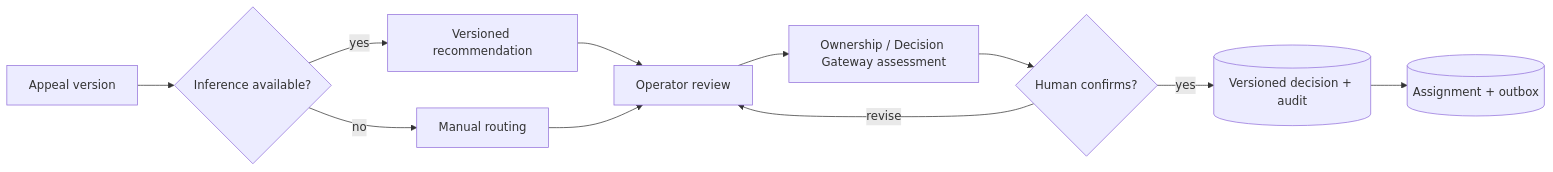
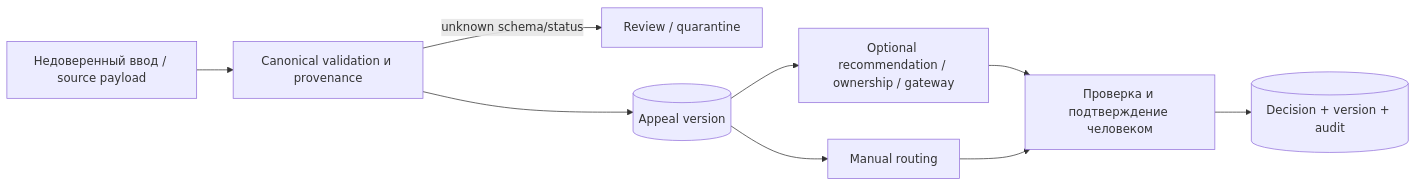
Before and after one commit to BAITC-Hacks/hack-803e2c8f-baash: the third of 5 diagrams in docs/architecture/README.md, drawn with Mermaid. The commit also changed other lines of this file and 30 other files, not shown here.

````diff
--- a/docs/architecture/README.md
+++ b/docs/architecture/README.md
@@ -109,13 +51,11 @@
 ```mermaid
 flowchart LR
-    Appeal[Appeal version] --> Optional{Inference available?}
-    Optional -->|yes| Advice[Versioned recommendation]
-    Optional -->|no| Manual[Manual routing]
-    Advice --> Review[Operator review]
-    Manual --> Review
-    Review --> Ownership[Ownership / Decision Gateway assessment]
-    Ownership --> Human{Human confirms?}
-    Human -->|yes| Decision[(Versioned decision + audit)]
-    Human -->|revise| Review
-    Decision --> Assignment[(Assignment + outbox)]
+    Source[Недоверенный ввод / source payload] --> Validate[Canonical validation и provenance]
+    Validate -->|unknown schema/status| Review[Review / quarantine]
+    Validate --> Appeal[(Appeal version)]
+    Appeal --> Advice[Optional recommendation / ownership / gateway]
+    Appeal --> Manual[Manual routing]
+    Advice --> Human[Проверка и подтверждение человеком]
+    Manual --> Human
+    Human --> Commit[(Decision + version + audit)]
 ```
````
